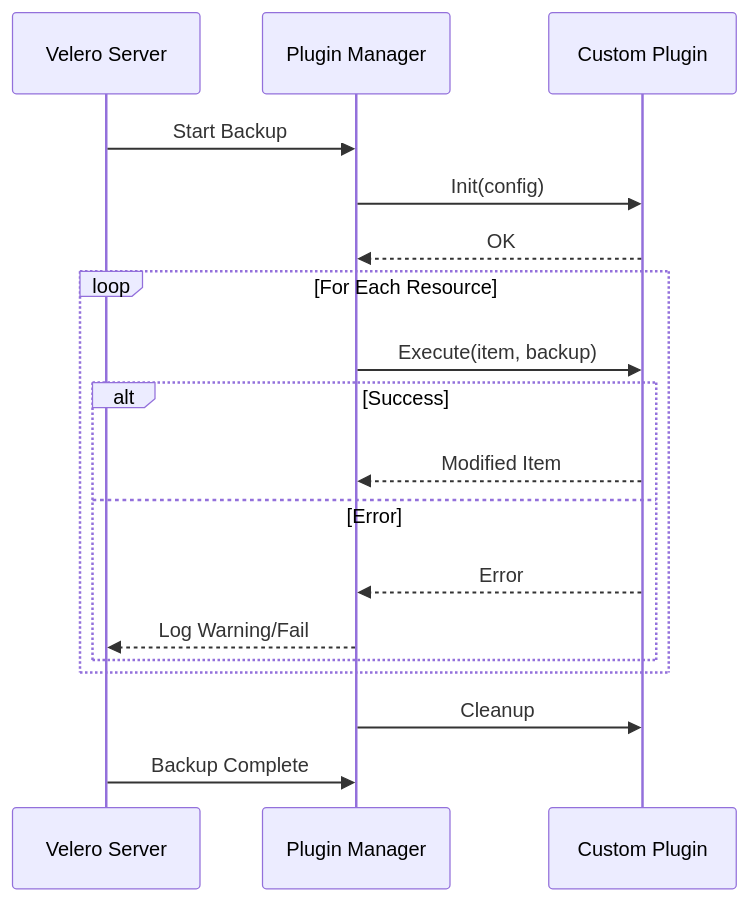
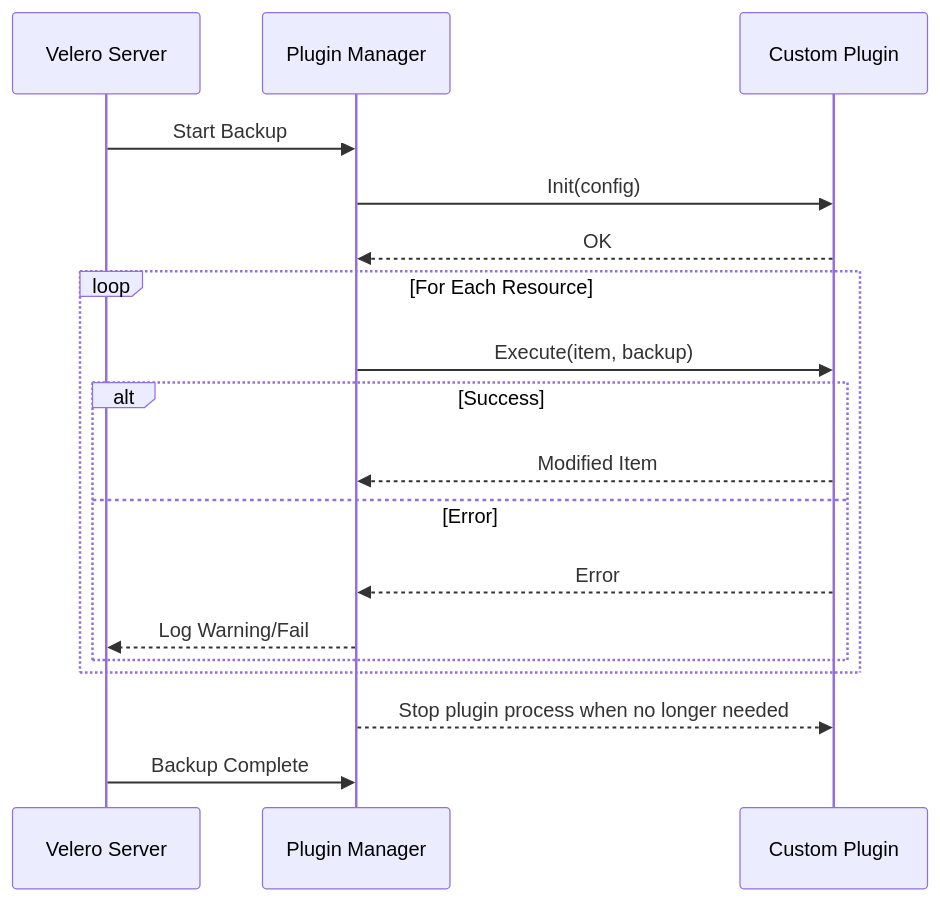
One commit to OneUptime/blog changed the second of 2 diagrams in posts/2026-01-28-velero-custom-plugins/README.md. Above: the diagram before and after it, drawn with Mermaid. The commit also changed other lines of this file and 2 other files, not shown here.

````diff
--- a/posts/2026-01-28-velero-custom-plugins/README.md
+++ b/posts/2026-01-28-velero-custom-plugins/README.md
@@ -450,23 +432,23 @@
 ```mermaid
 sequenceDiagram
     participant V as Velero Server
     participant PM as Plugin Manager
     participant P as Custom Plugin
 
     V->>PM: Start Backup
     PM->>P: Init(config)
     P-->>PM: OK
 
     loop For Each Resource
         PM->>P: Execute(item, backup)
         alt Success
             P-->>PM: Modified Item
         else Error
             P-->>PM: Error
             PM-->>V: Log Warning/Fail
         end
     end
 
-    PM->>P: Cleanup
+    PM-->>P: Stop plugin process when no longer needed
     V->>PM: Backup Complete
 ```
````
